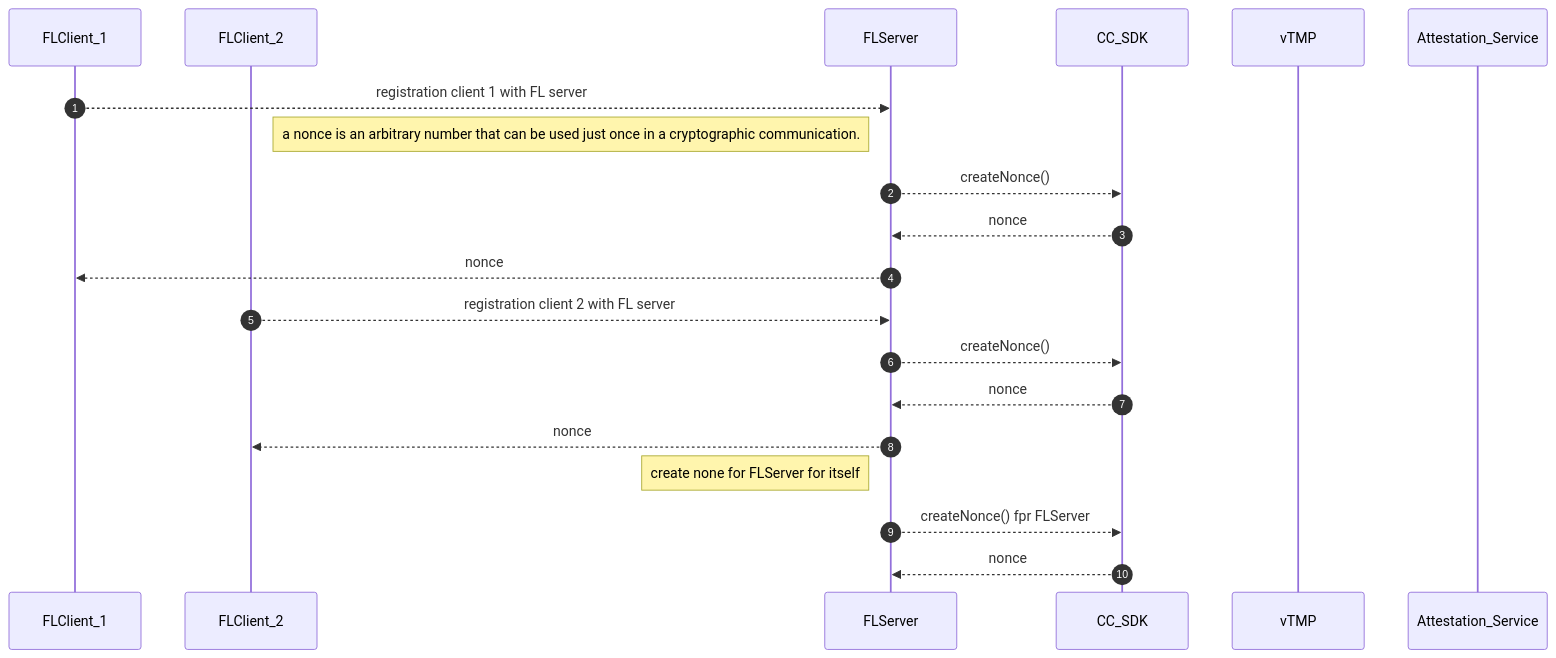
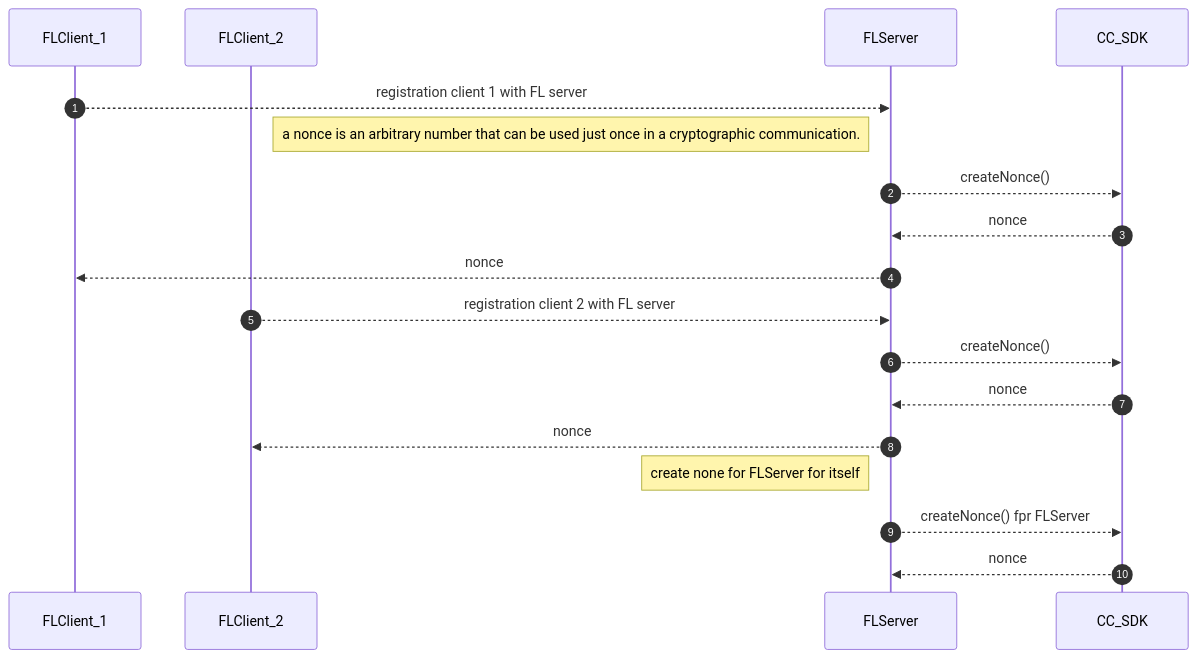
Before and after one commit to hitesh-ag1/NVFlare: the fourth of 5 diagrams in docs/confidential_computing/detailed_cc_sequence_diagram.md, drawn with Mermaid.

Commit message:
Sequence diagram for CC

````diff
--- a/docs/confidential_computing/detailed_cc_sequence_diagram.md
+++ b/docs/confidential_computing/detailed_cc_sequence_diagram.md
@@ -78,26 +78,24 @@
 ```mermaid
 sequenceDiagram
    autonumber
     participant FLClient_1
     participant FLClient_2
     participant FLServer
     participant CC_SDK
-    participant vTMP
-    participant Attestation_Service
  
     FLClient_1 -->> FLServer: registration client 1 with FL server
     Note left of FLServer: a nonce is an arbitrary number that can be used just once in a cryptographic communication.
     FLServer -->> CC_SDK : createNonce() 
     CC_SDK -->> FLServer : nonce
     FLServer -->> FLClient_1 : nonce
     
     FLClient_2 -->> FLServer: registration client 2 with FL server
     FLServer -->> CC_SDK : createNonce() 
     CC_SDK -->> FLServer : nonce
     FLServer -->> FLClient_2 : nonce
     
     Note left of FLServer: create none for FLServer for itself
     FLServer -->> CC_SDK : createNonce() fpr FLServer 
     CC_SDK -->> FLServer : nonce
        
 ```
````
